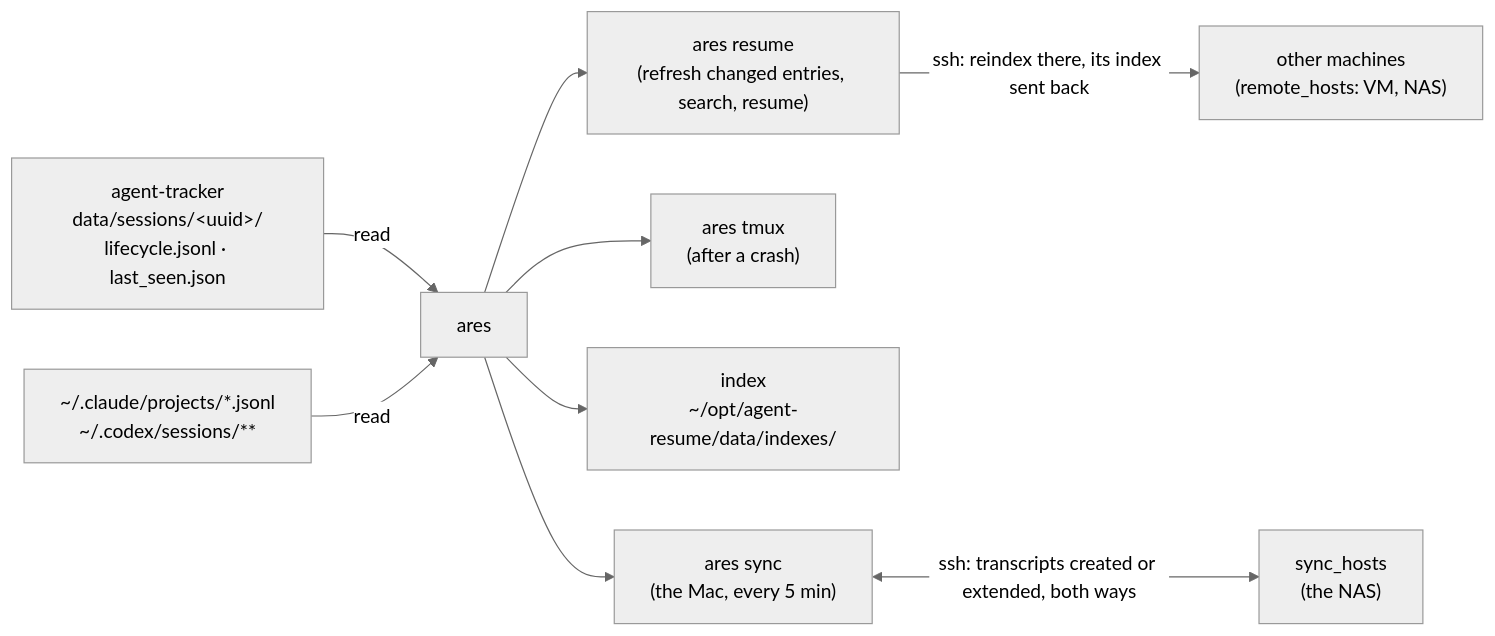
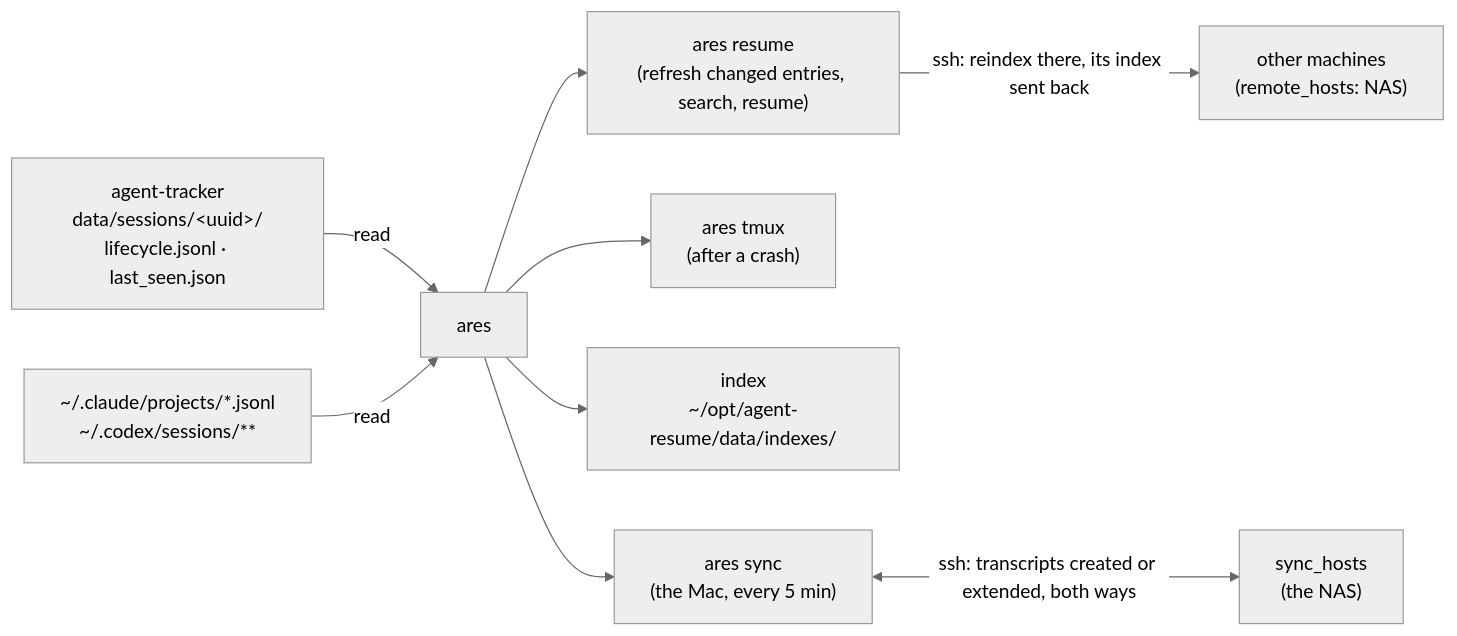
The diagram in README.md (JeanLescutMuller/agent-resume), drawn with Mermaid (neutral theme) before and after one commit. The commit also changed other lines of this file and 5 other files, not shown here.

First line of the commit message:
Drop the VM H-Frank-1 (retired 2026-11-23, task VR): remote_hosts examples, deploy guard

````diff
--- a/README.md
+++ b/README.md
@@ -5,11 +5,11 @@
 ```mermaid
 flowchart LR
   T["agent-tracker<br/>data/sessions/&lt;uuid&gt;/<br/>lifecycle.jsonl · last_seen.json"] -->|read| R
   J["~/.claude/projects/*.jsonl<br/>~/.codex/sessions/**"] -->|read| R
   R["ares"] --> RS["ares resume<br/>(refresh changed entries, search, resume)"]
   R --> RT["ares tmux<br/>(after a crash)"]
   R --> X["index<br/>~/opt/agent-resume/data/indexes/"]
-  RS -->|ssh: reindex there, its index sent back| V["other machines<br/>(remote_hosts: VM, NAS)"]
+  RS -->|ssh: reindex there, its index sent back| V["other machines<br/>(remote_hosts: NAS)"]
   R --> SY["ares sync<br/>(the Mac, every 5 min)"]
   SY <-->|ssh: transcripts created or extended, both ways| N["sync_hosts<br/>(the NAS)"]
 ```
````
